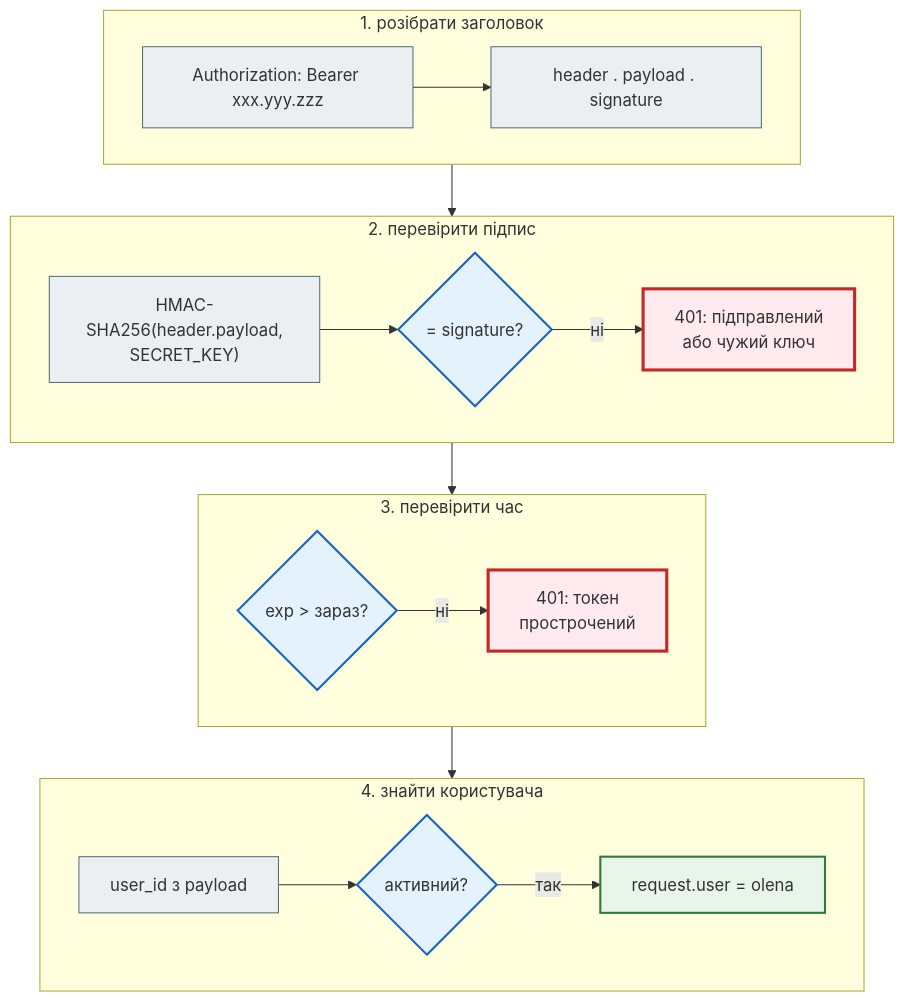
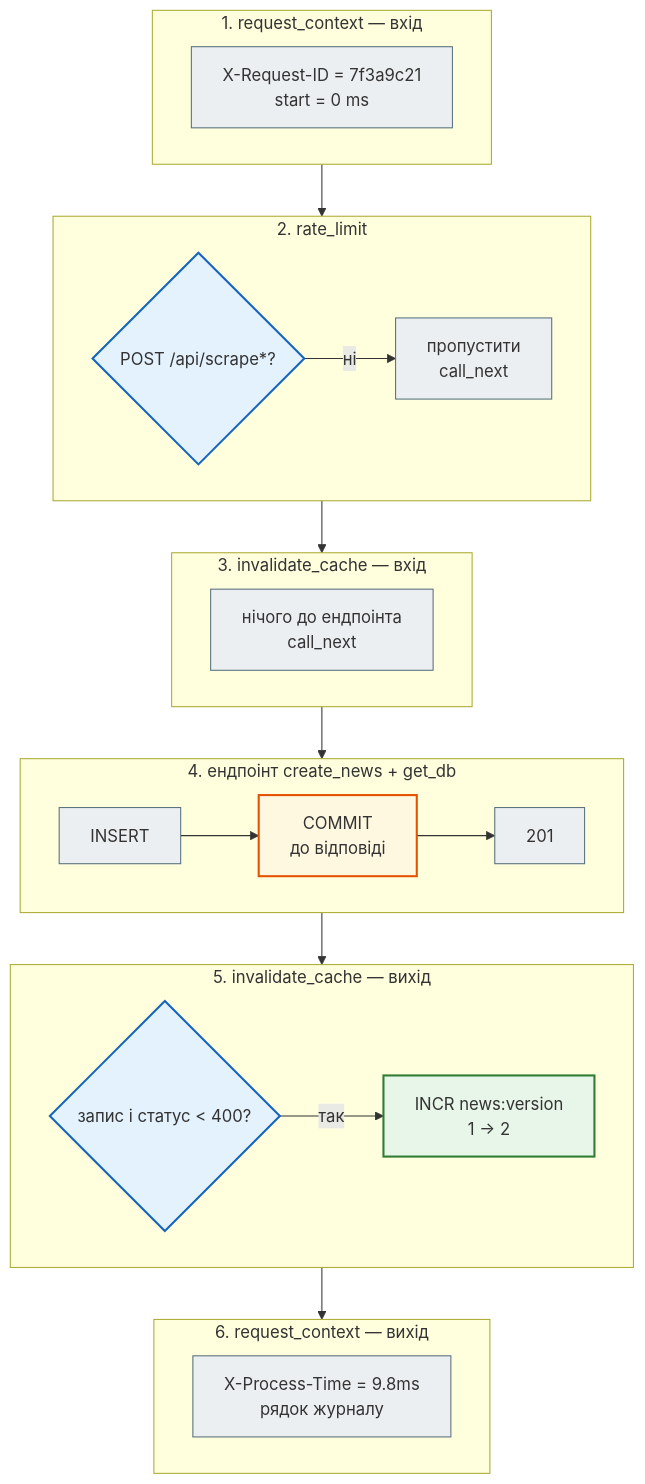
The first of 3 diagrams in docs/modules/m4/lesson_40.md (AlinaRadchenko/PY-Course-Victor-Nikoriak-22-09-2026), drawn with Mermaid before and after one commit. The commit also changed other lines of this file and 1846 other files, not shown here.

````diff
--- a/docs/modules/m4/lesson_40.md
+++ b/docs/modules/m4/lesson_40.md
@@ -341,32 +91,41 @@
 ```mermaid
 flowchart TD
     classDef step     fill:#eceff1,stroke:#546e7a,stroke-width:1px;
     classDef decision fill:#e3f2fd,stroke:#1565c0,stroke-width:2px;
     classDef success  fill:#e8f5e9,stroke:#2e7d32,stroke-width:2px;
     classDef error    fill:#ffebee,stroke:#c62828,stroke-width:3px;
     classDef warning  fill:#fff8e1,stroke:#e65100,stroke-width:2px;
 
-    subgraph S1 ["1. розібрати заголовок"]
+    subgraph M1 ["1. request_context — вхід"]
         direction LR
-        a1["Authorization: Bearer xxx.yyy.zzz"] --> a2["header . payload . signature"]
+        a1["X-Request-ID = 7f3a9c21<br>start = 0 ms"]
     end
-    subgraph S2 ["2. перевірити підпис"]
+    subgraph M2 ["2. rate_limit"]
         direction LR
-        b1["HMAC-SHA256(header.payload,<br>SECRET_KEY)"] --> b2{"= signature?"}
-        b2 -- ні --> b3["401: підправлений<br>або чужий ключ"]
+        b1{"POST /api/scrape*?"} -- ні --> b2["пропустити<br>call_next"]
     end
-    subgraph S3 ["3. перевірити час"]
+    subgraph M3 ["3. invalidate_cache — вхід"]
         direction LR
-        c1{"exp > зараз?"} -- ні --> c2["401: токен<br>прострочений"]
+        c1["нічого до ендпоінта<br>call_next"]
     end
-    subgraph S4 ["4. знайти користувача"]
+    subgraph E ["4. ендпоінт create_news + get_db"]
         direction LR
-        d1["user_id з payload"] --> d2{"активний?"} -- так --> d3["request.user = olena"]
+        e1["INSERT"] --> e2["COMMIT<br>до відповіді"] --> e3["201"]
     end
-    S1 --> S2 --> S3 --> S4
+    subgraph M3b ["5. invalidate_cache — вихід"]
+        direction LR
+        d1{"запис і статус < 400?"} -- так --> d2["INCR news:version<br>1 → 2"]
+    end
+    subgraph M1b ["6. request_context — вихід"]
+        direction LR
+        f1["X-Process-Time = 9.8ms<br>рядок журналу"]
+    end
+    M1 --> M2 --> M3 --> E --> M3b --> M1b
 
-    class a1,a2,b1,d1 step
-    class b2,c1,d2 decision
-    class b3,c2 error
-    class d3 success
+    class a1,c1,f1 step
+    class b1,d1 decision
+    class b2 step
+    class e1,e3 step
+    class e2 warning
+    class d2 success
 ```
````
